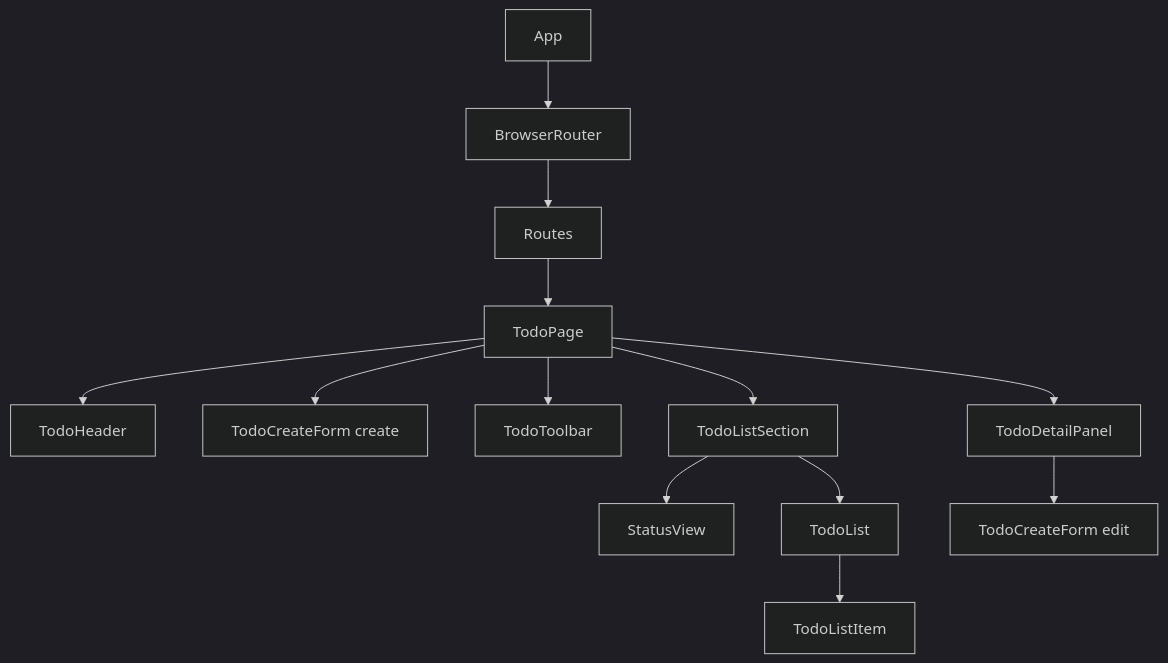
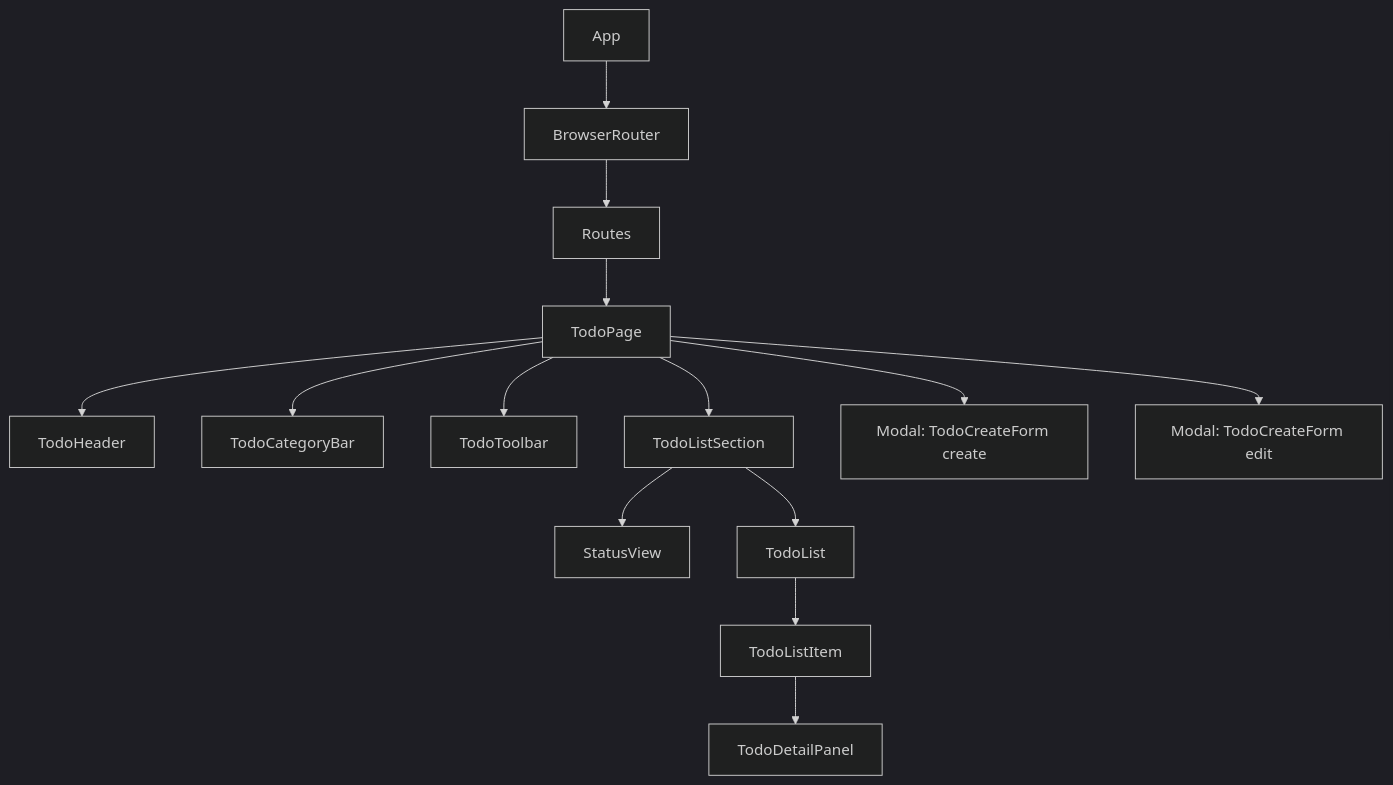
Before and after one commit to schro-cat-dev/torisetsu: the first of 4 diagrams in harness_lab/todo_frontend/docs/component-relation-map.md, drawn with Mermaid (dark theme). The commit also changed other lines of this file and 91 other files, not shown here.

````diff
--- a/harness_lab/todo_frontend/docs/component-relation-map.md
+++ b/harness_lab/todo_frontend/docs/component-relation-map.md
@@ -7,17 +7,18 @@
 ```mermaid
 graph TD
   App --> BrowserRouter
   BrowserRouter --> Routes
   Routes --> TodoPage
 
   TodoPage --> TodoHeader
-  TodoPage --> TodoCreateFormCreate["TodoCreateForm create"]
+  TodoPage --> TodoCategoryBar
   TodoPage --> TodoToolbar
   TodoPage --> TodoListSection
-  TodoPage --> TodoDetailPanel
+  TodoPage --> CreateModal["Modal: TodoCreateForm create"]
+  TodoPage --> EditModal["Modal: TodoCreateForm edit"]
 
   TodoListSection --> StatusView
   TodoListSection --> TodoList
   TodoList --> TodoListItem
-  TodoDetailPanel --> TodoCreateFormEdit["TodoCreateForm edit"]
+  TodoListItem --> TodoDetailPanel
 ```
````
